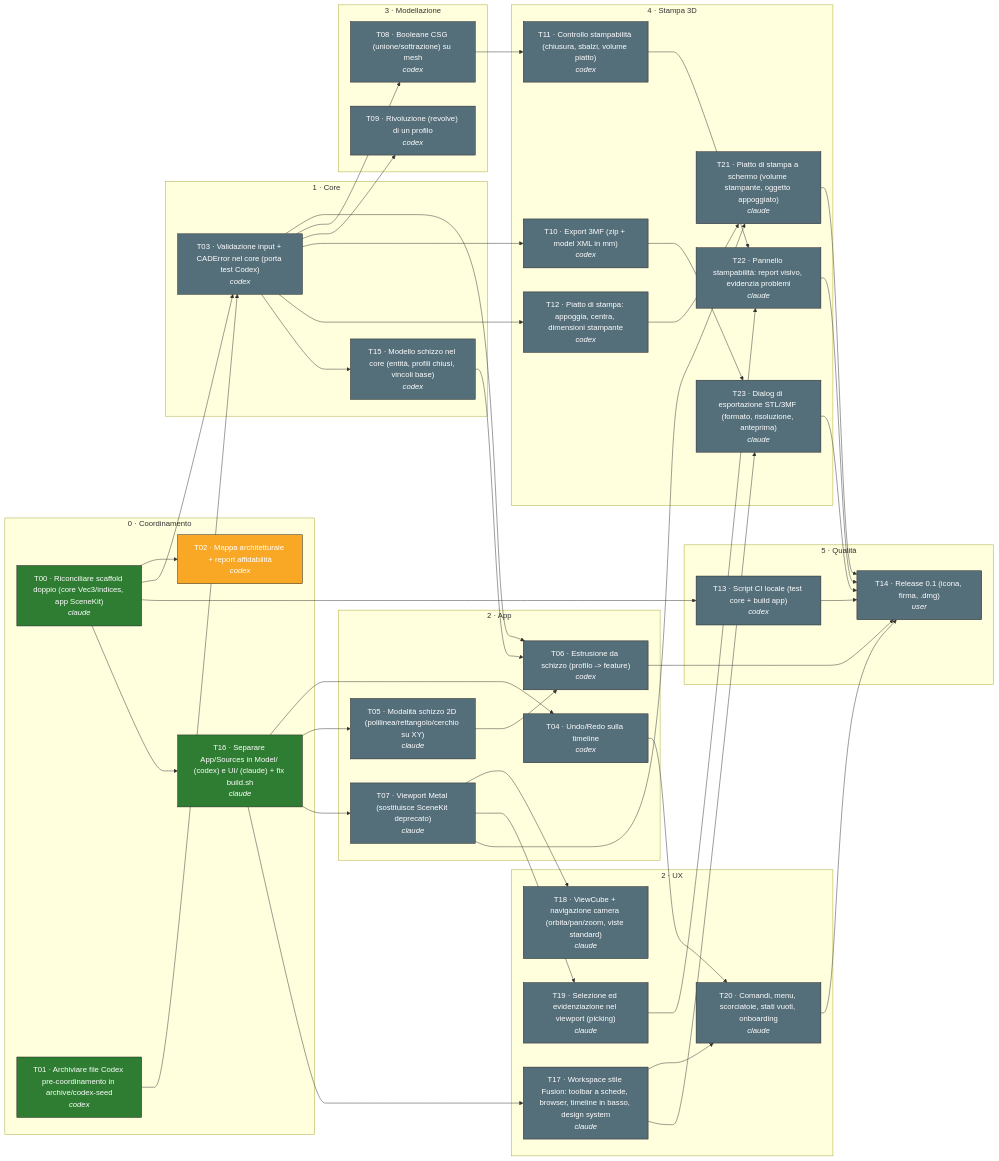
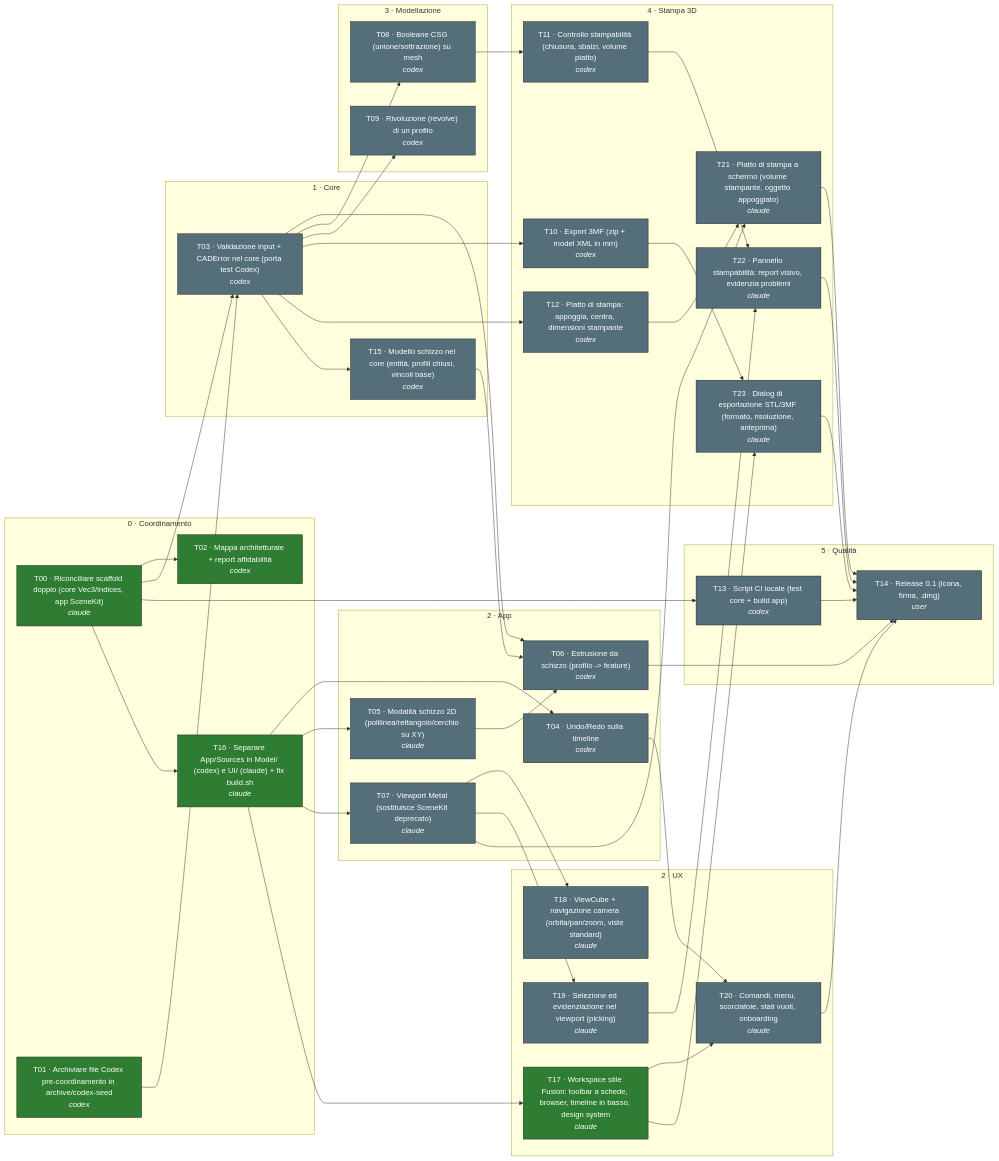
One commit to t4k3/cad-takeoff changed the diagram in docs/graph/GRAPH.md. Above: the diagram before and after it, drawn with Mermaid. The commit also changed other lines of this file and 12 other files, not shown here.

Commit message:
[T17] Workspace stile Fusion: ribbon, browser, parametri, timeline, design system

````diff
--- a/docs/graph/GRAPH.md
+++ b/docs/graph/GRAPH.md
@@ -7,79 +7,79 @@
 ```mermaid
 flowchart LR
   subgraph P0["0 · Coordinamento"]
     T00["T00 · Riconciliare scaffold doppio (core Vec3/indices, app SceneKit)<br/><i>claude</i>"]:::done
     T01["T01 · Archiviare file Codex pre-coordinamento in archive/codex-seed<br/><i>codex</i>"]:::done
-    T02["T02 · Mappa architetturale + report affidabilità<br/><i>codex</i>"]:::in_progress
+    T02["T02 · Mappa architetturale + report affidabilità<br/><i>codex</i>"]:::done
     T16["T16 · Separare App/Sources in Model/ (codex) e UI/ (claude) + fix build.sh<br/><i>claude</i>"]:::done
   end
   subgraph P1["1 · Core"]
     T03["T03 · Validazione input + CADError nel core (porta test Codex)<br/><i>codex</i>"]:::todo
     T15["T15 · Modello schizzo nel core (entità, profili chiusi, vincoli base)<br/><i>codex</i>"]:::todo
   end
   subgraph P2["2 · App"]
     T04["T04 · Undo/Redo sulla timeline<br/><i>codex</i>"]:::todo
     T05["T05 · Modalità schizzo 2D (polilinea/rettangolo/cerchio su XY)<br/><i>claude</i>"]:::todo
     T06["T06 · Estrusione da schizzo (profilo -> feature)<br/><i>codex</i>"]:::todo
     T07["T07 · Viewport Metal (sostituisce SceneKit deprecato)<br/><i>claude</i>"]:::todo
   end
   subgraph P3["3 · Modellazione"]
     T08["T08 · Booleane CSG (unione/sottrazione) su mesh<br/><i>codex</i>"]:::todo
     T09["T09 · Rivoluzione (revolve) di un profilo<br/><i>codex</i>"]:::todo
   end
   subgraph P4["4 · Stampa 3D"]
     T10["T10 · Export 3MF (zip + model XML in mm)<br/><i>codex</i>"]:::todo
     T11["T11 · Controllo stampabilità (chiusura, sbalzi, volume piatto)<br/><i>codex</i>"]:::todo
     T12["T12 · Piatto di stampa: appoggia, centra, dimensioni stampante<br/><i>codex</i>"]:::todo
     T21["T21 · Piatto di stampa a schermo (volume stampante, oggetto appoggiato)<br/><i>claude</i>"]:::todo
     T22["T22 · Pannello stampabilità: report visivo, evidenzia problemi<br/><i>claude</i>"]:::todo
     T23["T23 · Dialog di esportazione STL/3MF (formato, risoluzione, anteprima)<br/><i>claude</i>"]:::todo
   end
   subgraph P5["5 · Qualità"]
     T13["T13 · Script CI locale (test core + build app)<br/><i>codex</i>"]:::todo
     T14["T14 · Release 0.1 (icona, firma, .dmg)<br/><i>user</i>"]:::todo
   end
   subgraph P6["2 · UX"]
-    T17["T17 · Workspace stile Fusion: toolbar a schede, browser, timeline in basso, design system<br/><i>claude</i>"]:::todo
+    T17["T17 · Workspace stile Fusion: toolbar a schede, browser, timeline in basso, design system<br/><i>claude</i>"]:::done
     T18["T18 · ViewCube + navigazione camera (orbita/pan/zoom, viste standard)<br/><i>claude</i>"]:::todo
     T19["T19 · Selezione ed evidenziazione nel viewport (picking)<br/><i>claude</i>"]:::todo
     T20["T20 · Comandi, menu, scorciatoie, stati vuoti, onboarding<br/><i>claude</i>"]:::todo
   end
   T00 --> T02
   T00 --> T03
   T01 --> T03
   T16 --> T04
   T16 --> T05
   T05 --> T06
   T15 --> T06
   T03 --> T06
   T16 --> T07
   T03 --> T08
   T03 --> T09
   T03 --> T10
   T08 --> T11
   T03 --> T12
   T00 --> T13
   T06 --> T14
   T20 --> T14
   T21 --> T14
   T22 --> T14
   T23 --> T14
   T13 --> T14
   T03 --> T15
   T00 --> T16
   T16 --> T17
   T07 --> T18
   T07 --> T19
   T17 --> T20
   T04 --> T20
   T07 --> T21
   T12 --> T21
   T11 --> T22
   T19 --> T22
   T10 --> T23
   T17 --> T23
   classDef done fill:#2e7d32,color:#fff,stroke:#222
   classDef in_progress fill:#f9a825,color:#fff,stroke:#222
   classDef blocked fill:#c62828,color:#fff,stroke:#222
   classDef todo fill:#546e7a,color:#fff,stroke:#222
 ```
````
